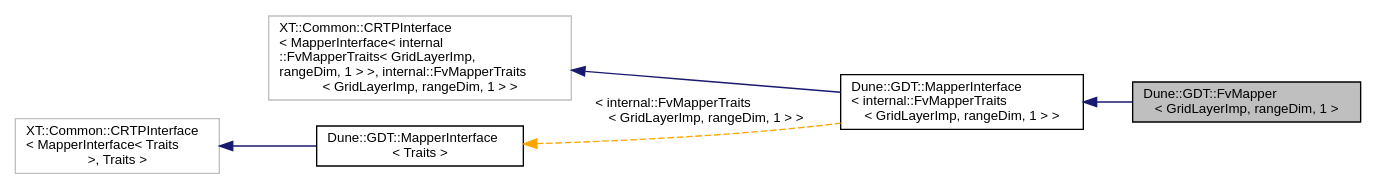
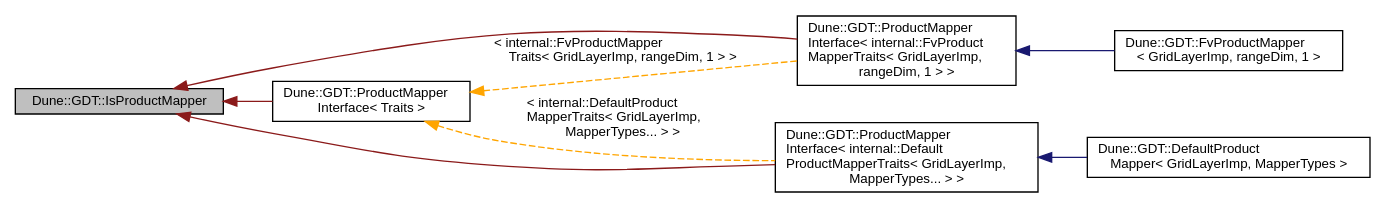
One commit to dune-community/dune-community.github.io changed the diagram in docs/dune-gdt/''/a02799.dot. Above: the diagram before and after it, drawn with Graphviz. The commit also changed 2442 other files, not shown here.

Commit message:
Updated documentation for dune-gdt ''

```diff
--- a/docs/dune-gdt/''/a02799.dot
+++ b/docs/dune-gdt/''/a02799.dot
@@ -1,15 +1,19 @@
-digraph "Dune::GDT::FvMapper&lt; GridLayerImp, rangeDim, 1 &gt;"
+digraph "Dune::GDT::IsProductMapper"
 {
   edge [fontname="Helvetica",fontsize="10",labelfontname="Helvetica",labelfontsize="10"];
   node [fontname="Helvetica",fontsize="10",shape=record];
   rankdir="LR";
-  Node0 [label="Dune::GDT::FvMapper\l\< GridLayerImp, rangeDim, 1 \>",height=0.2,width=0.4,color="black", fillcolor="grey75", style="filled", fontcolor="black"];
-  Node1 -> Node0 [dir="back",color="midnightblue",fontsize="10",style="solid",fontname="Helvetica"];
-  Node1 [label="Dune::GDT::MapperInterface\l\< internal::FvMapperTraits\l\< GridLayerImp, rangeDim, 1 \> \>",height=0.2,width=0.4,color="black", fillcolor="white", style="filled",URL="$a02812.html"];
-  Node2 -> Node1 [dir="back",color="midnightblue",fontsize="10",style="solid",fontname="Helvetica"];
-  Node2 [label="XT::Common::CRTPInterface\l\< MapperInterface\< internal\l::FvMapperTraits\< GridLayerImp,\l rangeDim, 1 \> \>, internal::FvMapperTraits\l\< GridLayerImp, rangeDim, 1 \> \>",height=0.2,width=0.4,color="grey75", fillcolor="white", style="filled"];
-  Node3 -> Node1 [dir="back",color="orange",fontsize="10",style="dashed",label=" \< internal::FvMapperTraits\l\< GridLayerImp, rangeDim, 1 \> \>" ,fontname="Helvetica"];
-  Node3 [label="Dune::GDT::MapperInterface\l\< Traits \>",height=0.2,width=0.4,color="black", fillcolor="white", style="filled",URL="$a02812.html"];
-  Node4 -> Node3 [dir="back",color="midnightblue",fontsize="10",style="solid",fontname="Helvetica"];
-  Node4 [label="XT::Common::CRTPInterface\l\< MapperInterface\< Traits\l \>, Traits \>",height=0.2,width=0.4,color="grey75", fillcolor="white", style="filled"];
+  Node0 [label="Dune::GDT::IsProductMapper",height=0.2,width=0.4,color="black", fillcolor="grey75", style="filled", fontcolor="black"];
+  Node0 -> Node1 [dir="back",color="firebrick4",fontsize="10",style="solid",fontname="Helvetica"];
+  Node1 [label="Dune::GDT::ProductMapper\lInterface\< Traits \>",height=0.2,width=0.4,color="black", fillcolor="white", style="filled",URL="$a02804.html"];
+  Node1 -> Node2 [dir="back",color="orange",fontsize="10",style="dashed",label=" \< internal::FvProductMapper\lTraits\< GridLayerImp, rangeDim, 1 \> \>" ,fontname="Helvetica"];
+  Node2 [label="Dune::GDT::ProductMapper\lInterface\< internal::FvProduct\lMapperTraits\< GridLayerImp,\l rangeDim, 1 \> \>",height=0.2,width=0.4,color="black", fillcolor="white", style="filled",URL="$a02804.html"];
+  Node2 -> Node3 [dir="back",color="midnightblue",fontsize="10",style="solid",fontname="Helvetica"];
+  Node3 [label="Dune::GDT::FvProductMapper\l\< GridLayerImp, rangeDim, 1 \>",height=0.2,width=0.4,color="black", fillcolor="white", style="filled",URL="$a02792.html"];
+  Node1 -> Node4 [dir="back",color="orange",fontsize="10",style="dashed",label=" \< internal::DefaultProduct\lMapperTraits\< GridLayerImp,\l MapperTypes... \> \>" ,fontname="Helvetica"];
+  Node4 [label="Dune::GDT::ProductMapper\lInterface\< internal::Default\lProductMapperTraits\< GridLayerImp,\l MapperTypes... \> \>",height=0.2,width=0.4,color="black", fillcolor="white", style="filled",URL="$a02804.html"];
+  Node4 -> Node5 [dir="back",color="midnightblue",fontsize="10",style="solid",fontname="Helvetica"];
+  Node5 [label="Dune::GDT::DefaultProduct\lMapper\< GridLayerImp, MapperTypes \>",height=0.2,width=0.4,color="black", fillcolor="white", style="filled",URL="$a02808.html"];
+  Node0 -> Node4 [dir="back",color="firebrick4",fontsize="10",style="solid",fontname="Helvetica"];
+  Node0 -> Node2 [dir="back",color="firebrick4",fontsize="10",style="solid",fontname="Helvetica"];
 }
```
